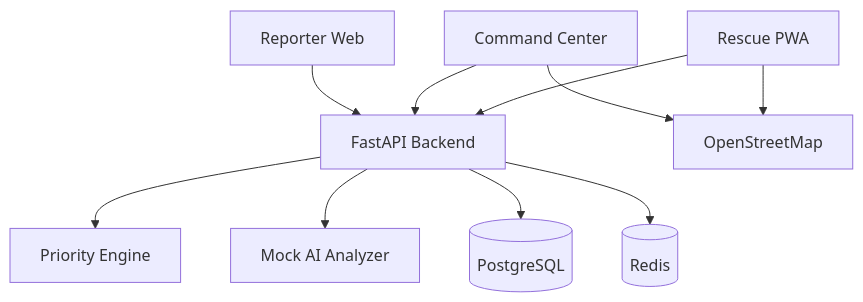
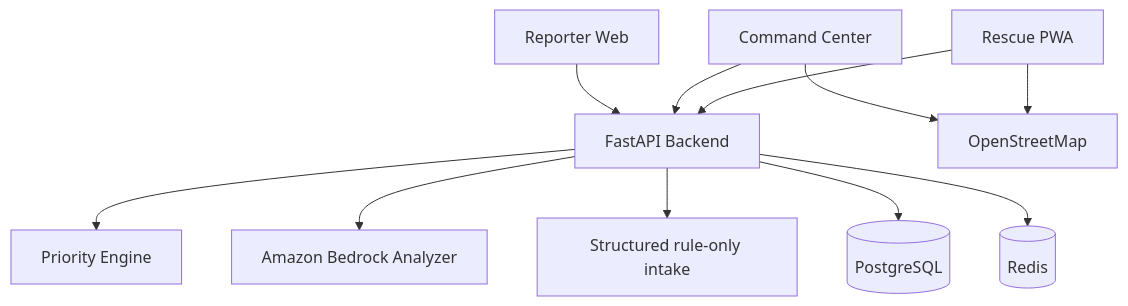
One commit to nvtank/SOS_flow changed the second of 2 diagrams in README.md. Above: the diagram before and after it, drawn with Mermaid. The commit also changed other lines of this file and 16 other files, not shown here.

Commit message:
feat: add dual rule-based and Bedrock rescue intake

````diff
--- a/README.md
+++ b/README.md
@@ -74,25 +74,27 @@
 ```mermaid
 flowchart TB
     Reporter[Reporter Web]
     Command[Command Center]
     Rescue[Rescue PWA]
 
     API[FastAPI Backend]
     Priority[Priority Engine]
-    AI[Mock AI Analyzer]
+    AI[Amazon Bedrock Analyzer]
+    Rules[Structured rule-only intake]
     DB[(PostgreSQL)]
     Cache[(Redis)]
     Map[OpenStreetMap]
 
     Reporter --> API
     Command --> API
     Rescue --> API
 
     API --> Priority
     API --> AI
+    API --> Rules
     API --> DB
     API --> Cache
 
     Command --> Map
     Rescue --> Map
 ```
````
